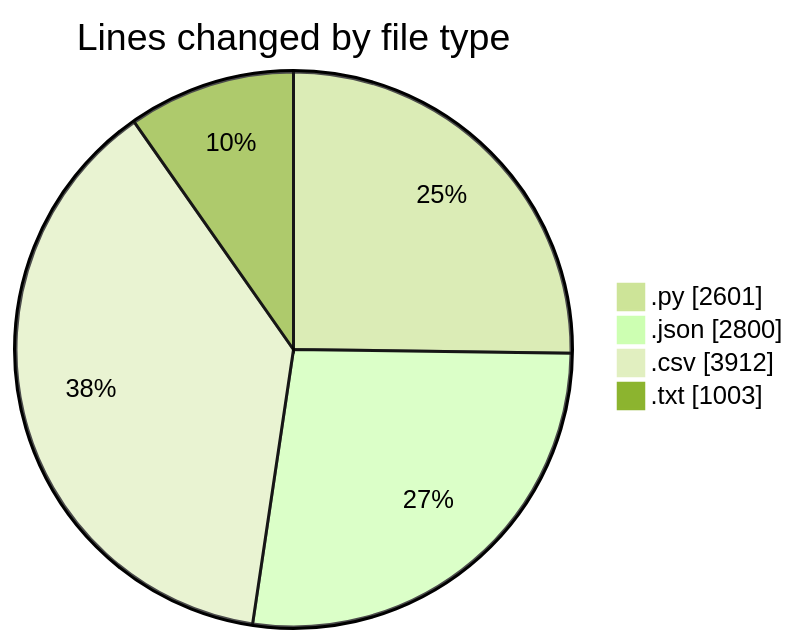
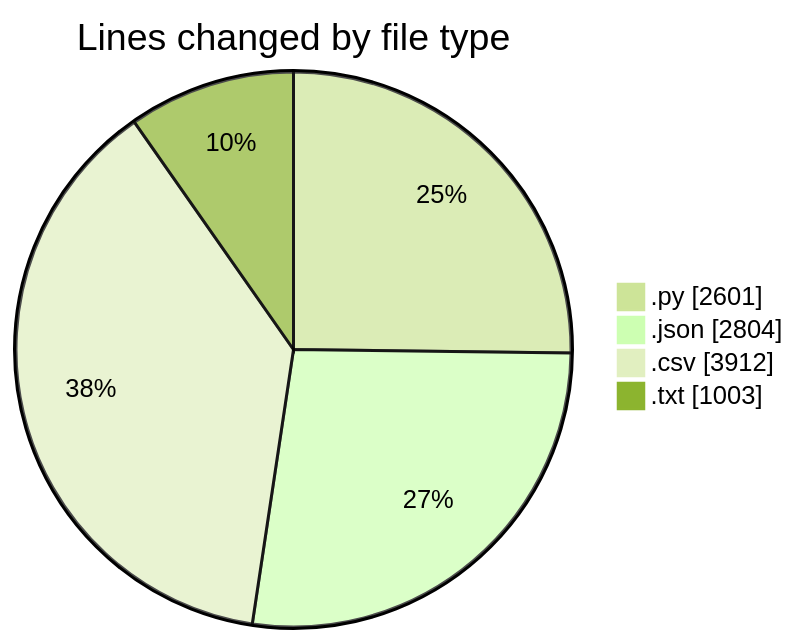
The first of 2 diagrams in 2025-07-28/refunds/README.md (EIIisD/code-tracking), drawn with Mermaid (forest theme) before and after one commit. The commit also changed other lines of this file and 1 other file, not shown here.

````diff
--- a/2025-07-28/refunds/README.md
+++ b/2025-07-28/refunds/README.md
@@ -29,8 +29,8 @@
 ```mermaid
 pie showData
 title Lines changed by file type
 ".py" : 2601
-".json" : 2800
+".json" : 2804
 ".csv" : 3912
 ".txt" : 1003
 ```
````
